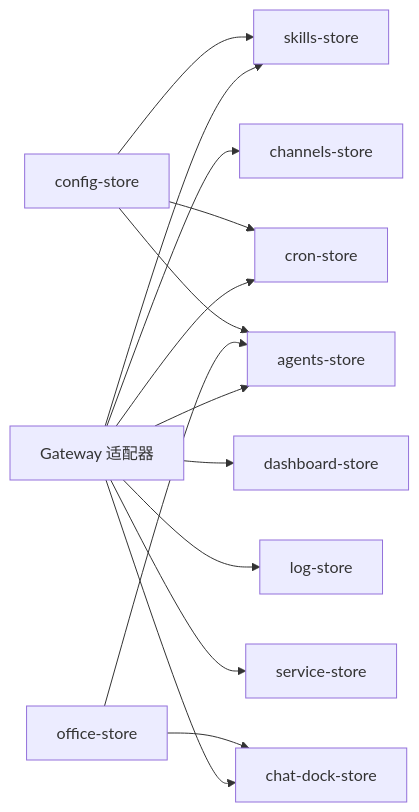
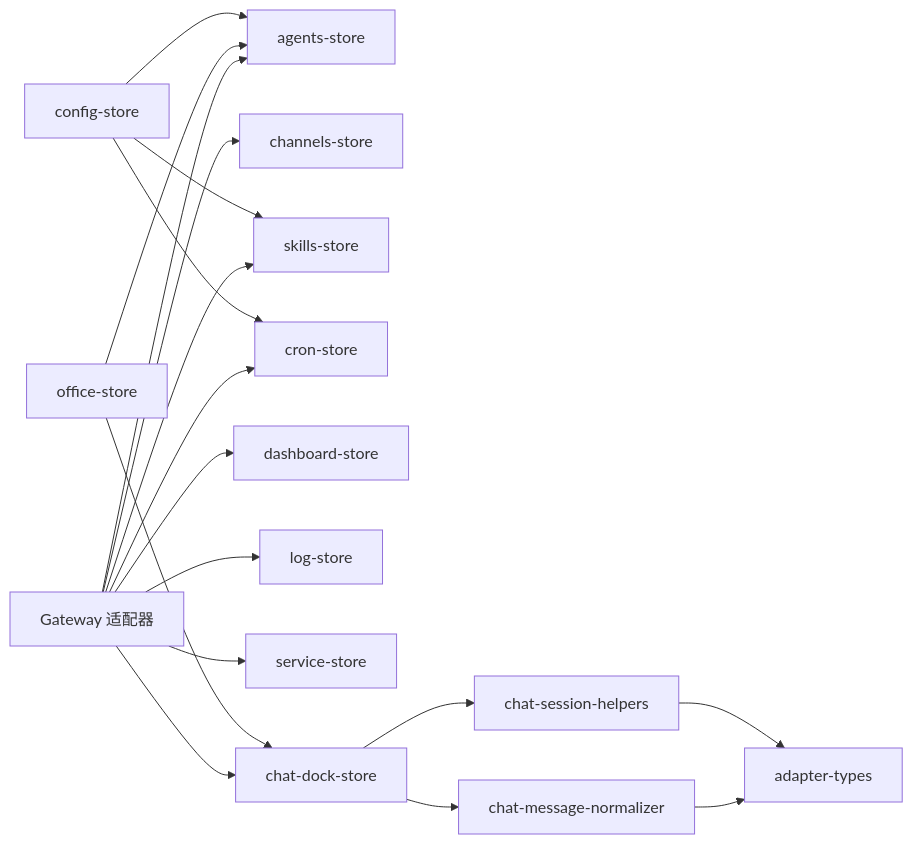
The tenth of 10 diagrams in .qoder/repowiki/zh/content/状态管理系统/控制台 Store 系统/控制台 Store 系统.md (WW-AI-Lab/openclaw-office), drawn with Mermaid before and after one commit. The commit also changed other lines of this file and 27 other files, not shown here.

````diff
--- a/.qoder/repowiki/zh/content/状态管理系统/控制台 Store 系统/控制台 Store 系统.md
+++ b/.qoder/repowiki/zh/content/状态管理系统/控制台 Store 系统/控制台 Store 系统.md
@@ -410,16 +438,20 @@
 ```mermaid
 graph LR
 ADP["Gateway 适配器"] --> AS["agents-store"]
 ADP --> CS["channels-store"]
 ADP --> SLS["skills-store"]
 ADP --> CRON["cron-store"]
 ADP --> DASH["dashboard-store"]
 ADP --> LOGS["log-store"]
 ADP --> SVC["service-store"]
 ADP --> CHAT["chat-dock-store"]
 OFF["office-store"] --> CHAT
 OFF --> AS
 CFG["config-store"] --> AS
 CFG --> SLS
 CFG --> CRON
+CHAT --> CMN["chat-message-normalizer"]
+CHAT --> CSH["chat-session-helpers"]
+CMN --> ADT["adapter-types"]
+CSH --> ADT
 ```
````
